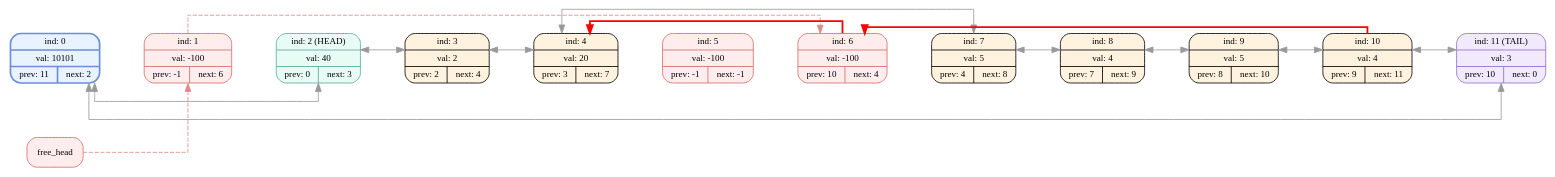
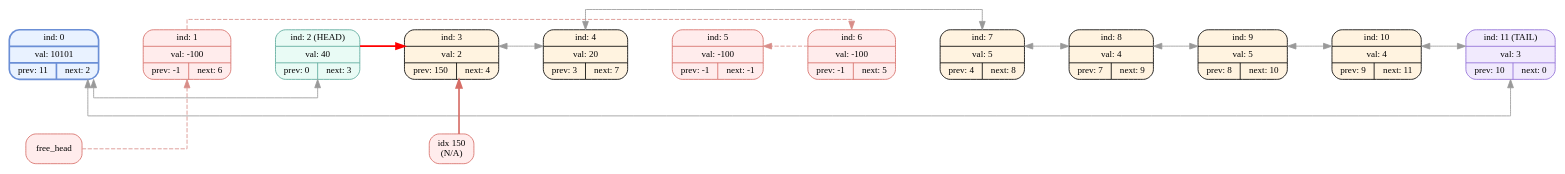
The diagram in dumps/dump_006.dot (EvilTomato9890/DEAD_List), drawn with Graphviz before and after one commit. The commit also changed 18 other files, not shown here.

```diff
--- a/dumps/dump_006.dot
+++ b/dumps/dump_006.dot
@@ -1,44 +1,47 @@
 digraph G{
   rankdir=LR;
   splines=ortho;
   nodesep=0.9;
   ranksep=0.75;
   node [fontname="Fira Mono",shape=record,style="filled,rounded",fontsize=11];
   node_0[shape=record,label="ind: 0 | val: 10101 | { prev: 11 | next: 2 }",color="#6b8fd6",style="filled,bold,rounded",fillcolor="#e9f2ff"];
   node_1[shape=record,label=" ind: 1 | val: -100 | { prev: -1 | next: 6 } ",style="filled,rounded",color="#d66d66",fillcolor="#ffecec"];
   node_2[shape=record,label=" ind: 2 (HEAD) | val: 40 | { prev: 0 | next: 3 } ",color="#5aa99b",fillcolor="#e9fbf5"];
-  node_3[shape=record,label=" ind: 3 | val: 2 | { prev: 2 | next: 4 } ",color="#000000",fillcolor="#fff3e0"];
+  node_3[shape=record,label=" ind: 3 | val: 2 | { prev: 150 | next: 4 } ",color="#000000",fillcolor="#fff3e0"];
   node_4[shape=record,label=" ind: 4 | val: 20 | { prev: 3 | next: 7 } ",color="#000000",fillcolor="#fff3e0"];
   node_5[shape=record,label=" ind: 5 | val: -100 | { prev: -1 | next: -1 } ",style="filled,rounded",color="#d66d66",fillcolor="#ffecec"];
-  node_6[shape=record,label=" ind: 6 | val: -100 | { prev: 10 | next: 4 } ",style="filled,rounded",color="#d66d66",fillcolor="#ffecec"];
+  node_6[shape=record,label=" ind: 6 | val: -100 | { prev: -1 | next: 5 } ",style="filled,rounded",color="#d66d66",fillcolor="#ffecec"];
   node_7[shape=record,label=" ind: 7 | val: 5 | { prev: 4 | next: 8 } ",color="#000000",fillcolor="#fff3e0"];
   node_8[shape=record,label=" ind: 8 | val: 4 | { prev: 7 | next: 9 } ",color="#000000",fillcolor="#fff3e0"];
   node_9[shape=record,label=" ind: 9 | val: 5 | { prev: 8 | next: 10 } ",color="#000000",fillcolor="#fff3e0"];
   node_10[shape=record,label=" ind: 10 | val: 4 | { prev: 9 | next: 11 } ",color="#000000",fillcolor="#fff3e0"];
   node_11[shape=record,label=" ind: 11 (TAIL) | val: 3 | { prev: 10 | next: 0 } ",color="#8e6bd6",fillcolor="#f1eafd"];
   node_0 -> node_1 [weight=1000,style=invis];
   node_1 -> node_2 [weight=1000,style=invis];
   node_2 -> node_3 [weight=1000,style=invis];
   node_3 -> node_4 [weight=1000,style=invis];
   node_4 -> node_5 [weight=1000,style=invis];
   node_5 -> node_6 [weight=1000,style=invis];
   node_6 -> node_7 [weight=1000,style=invis];
   node_7 -> node_8 [weight=1000,style=invis];
   node_8 -> node_9 [weight=1000,style=invis];
   node_9 -> node_10 [weight=1000,style=invis];
   node_10 -> node_11 [weight=1000,style=invis];
   node_1 -> node_6 [color="#d88d88", style=dashed, constraint=false];
+  node_6 -> node_5 [color="#d88d88", style=dashed, constraint=false];
   node_0 -> node_2 [dir=both, color="#999999", constraint=false];
-  node_2 -> node_3 [dir=both, color="#999999", constraint=false];
+  node_2 -> node_3 [color="#ff0000", penwidth=2.2, constraint=false];
   node_3 -> node_4 [dir=both, color="#999999", constraint=false];
   node_4 -> node_7 [dir=both, color="#999999", constraint=false];
-  node_6 -> node_4 [color="#ff0000", penwidth=2.2, constraint=false];
   node_7 -> node_8 [dir=both, color="#999999", constraint=false];
   node_8 -> node_9 [dir=both, color="#999999", constraint=false];
   node_9 -> node_10 [dir=both, color="#999999", constraint=false];
   node_10 -> node_11 [dir=both, color="#999999", constraint=false];
   node_11 -> node_0 [dir=both, color="#999999", constraint=false];
-  node_10 -> node_6 [color="#ff0000", penwidth=2.2, constraint=false];
+  node_bad_p_3 [label="idx 150\n(N/A)",shape=rectangle,style="filled,rounded",color="#d66d66",fillcolor="#ffecec"];
+  node_bad_p_3 -> node_3 [style="bold", color="#d66d66", constraint=false];
+  node_3 -> node_bad_p_3 [style=invis, constraint=true, weight=60, minlen=1];
+  {rank=same; node_3; node_bad_p_3;}
   node_free [label=free_head,color="#d66d66",shape=rectangle,style="filled,rounded",fillcolor="#ffecec"];
   node_free -> node_1 [color="#d88d88", style=dashed, constraint=false];
 }
```
